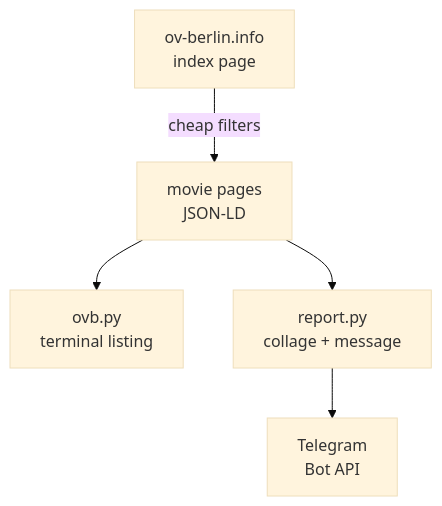
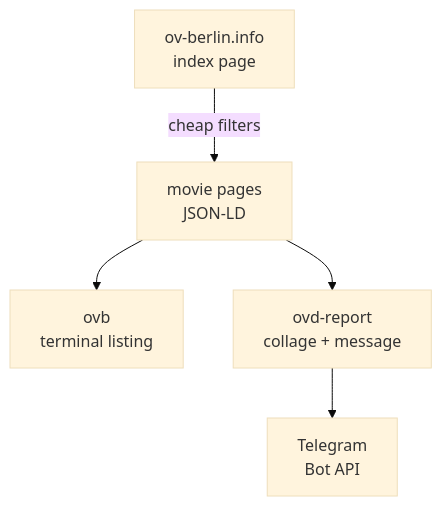
One commit to constkolesnyak/ovd-berlin changed the diagram in README.md. Above: the diagram before and after it, drawn with Mermaid (base theme). The commit also changed other lines of this file and 9 other files, not shown here.

````diff
--- a/README.md
+++ b/README.md
@@ -82,7 +81,7 @@
 ```mermaid
 flowchart TD
     A["ov-berlin.info<br/>index page"] -->|"cheap filters"| C["movie pages<br/>JSON-LD"]
-    C --> D["ovb.py<br/>terminal listing"]
-    C --> E["report.py<br/>collage + message"]
+    C --> D["ovb<br/>terminal listing"]
+    C --> E["ovd-report<br/>collage + message"]
     E --> F["Telegram<br/>Bot API"]
 ```
````
